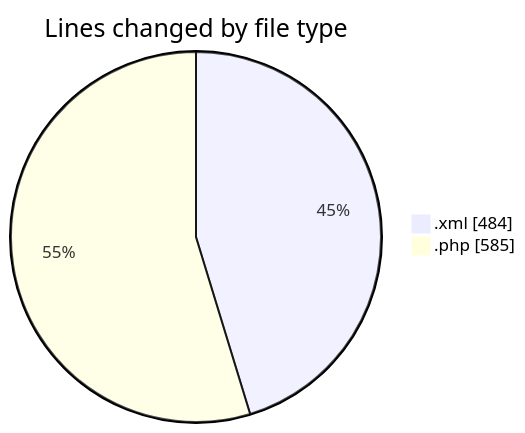
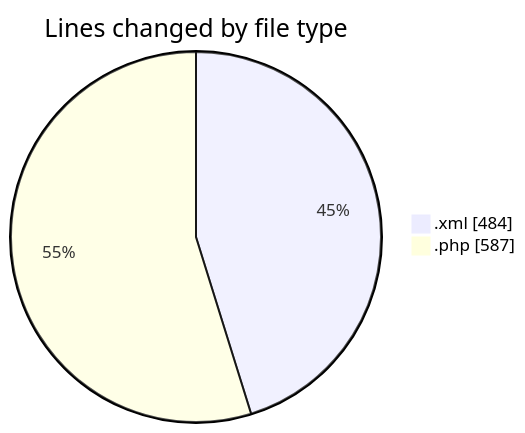
Before and after one commit to vahidmafi/code-tracking: the first of 2 diagrams in 2025-04-24/zeytoon/README.md, drawn with Mermaid. The commit also changed other lines of this file and 1 other file, not shown here.

````diff
--- a/2025-04-24/zeytoon/README.md
+++ b/2025-04-24/zeytoon/README.md
@@ -21,6 +22,6 @@
 ```mermaid
 pie showData
 title Lines changed by file type
 ".xml" : 484
-".php" : 585
+".php" : 587
 ```
````
